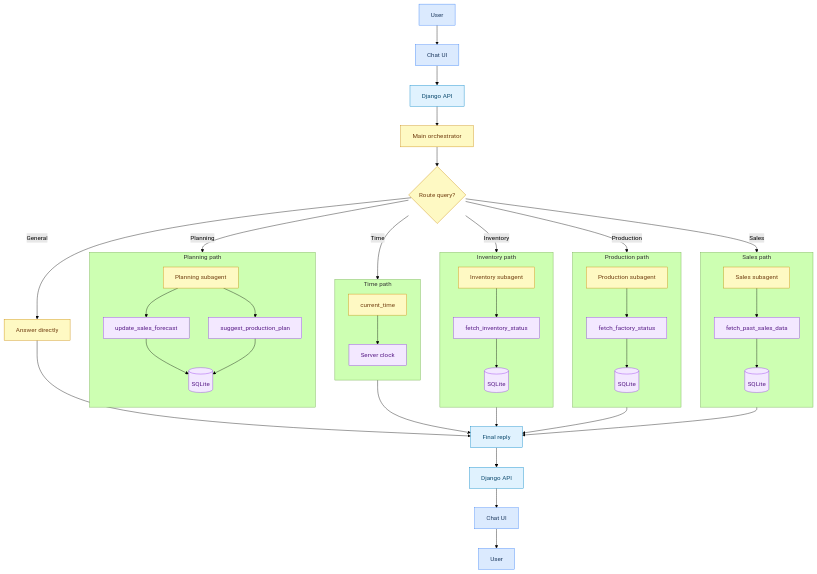
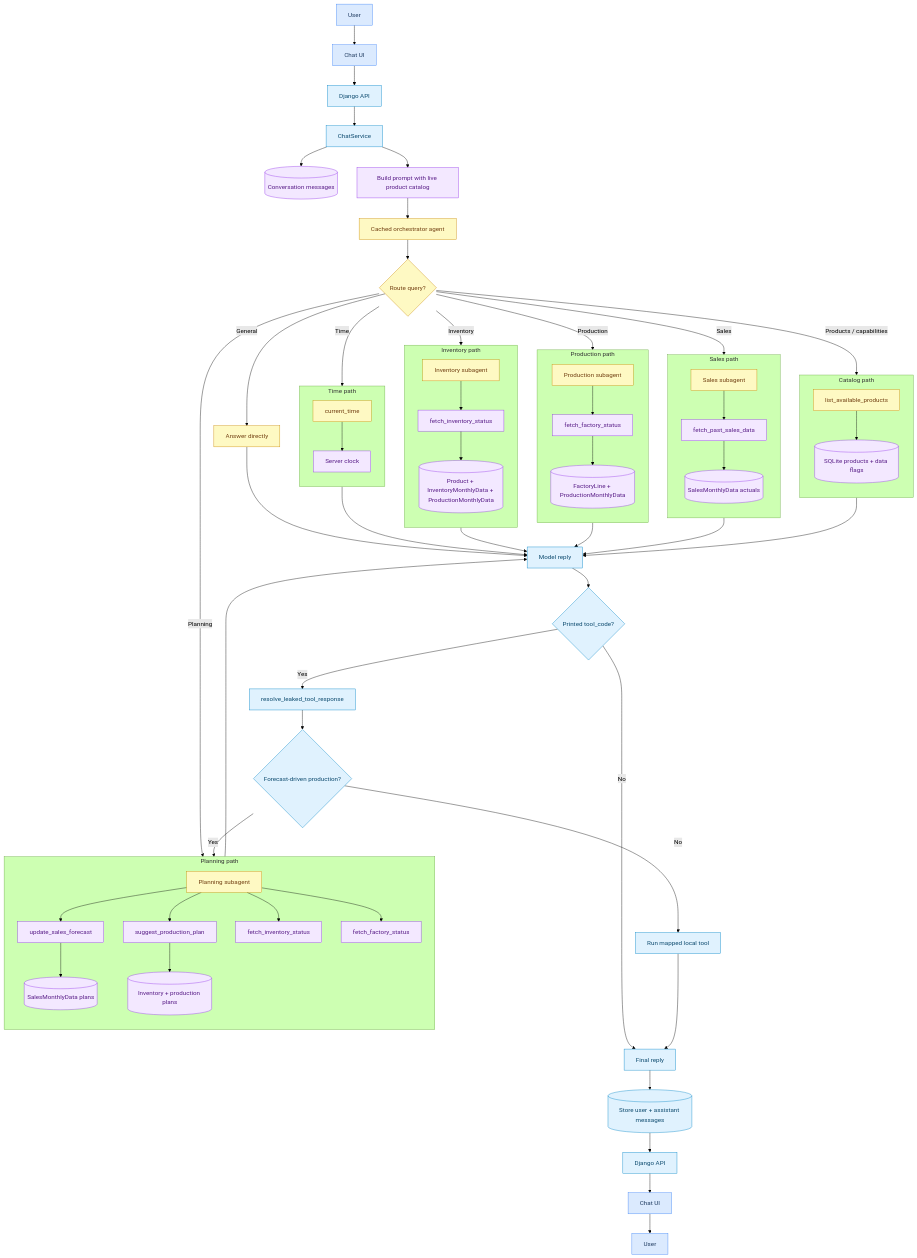
One commit to kskdmn/strands-test changed the diagram in README.md. Above: the diagram before and after it, drawn with Mermaid (forest theme). The commit also changed other lines of this file and 13 other files, not shown here.

Commit message:
Update planning subagent

````diff
--- a/README.md
+++ b/README.md
@@ -18,30 +21,40 @@
 flowchart TB
     User[User] --> UI[Chat UI]
     UI --> API[Django API]
-    API --> Orch[Main orchestrator]
+    API --> Service[ChatService]
+    Service --> History[(Conversation messages)]
+    Service --> Prompt[Build prompt with live product catalog]
+    Prompt --> Orch[Cached orchestrator agent]
     Orch --> Route{Route query?}
 
     Route -->|General| Direct[Answer directly]
 
+    subgraph CatalogPath["Catalog path"]
+        direction TB
+        CP[list_available_products] --> CDB[(SQLite products + data flags)]
+    end
+
     subgraph SalesPath["Sales path"]
         direction TB
-        SA[Sales subagent] --> ST[fetch_past_sales_data] --> SDB[(SQLite)]
+        SA[Sales subagent] --> ST[fetch_past_sales_data] --> SDB[(SalesMonthlyData actuals)]
     end
 
     subgraph ProdPath["Production path"]
         direction TB
-        PA[Production subagent] --> PT[fetch_factory_status] --> PDB[(SQLite)]
+        PA[Production subagent] --> PT[fetch_factory_status] --> PDB[(FactoryLine + ProductionMonthlyData)]
     end
 
     subgraph InvPath["Inventory path"]
         direction TB
-        IA[Inventory subagent] --> IT[fetch_inventory_status] --> IDB[(SQLite)]
+        IA[Inventory subagent] --> IT[fetch_inventory_status] --> IDB[(Product + InventoryMonthlyData + ProductionMonthlyData)]
     end
 
     subgraph PlanPath["Planning path"]
         direction TB
-        PLA[Planning subagent] --> UF[update_sales_forecast] --> FDB[(SQLite)]
-        PLA --> SP[suggest_production_plan] --> FDB
+        PLA[Planning subagent] --> UF[update_sales_forecast] --> FDB[(SalesMonthlyData plans)]
+        PLA --> SP[suggest_production_plan] --> PDB2[(Inventory + production plans)]
+        PLA --> PI[fetch_inventory_status]
+        PLA --> PF[fetch_factory_status]
     end
 
     subgraph TimePath["Time path"]
@@ -49,19 +62,31 @@
         CT[current_time] --> Clock[Server clock]
     end
 
+    Route -->|Products / capabilities| CP
     Route -->|Sales| SA
     Route -->|Production| PA
     Route -->|Inventory| IA
     Route -->|Planning| PLA
     Route -->|Time| CT
 
-    Direct --> Reply[Final reply]
-    SA --> Reply
-    PA --> Reply
-    IA --> Reply
-    CT --> Reply
+    Direct --> Raw[Model reply]
+    CP --> Raw
+    SA --> Raw
+    PA --> Raw
+    IA --> Raw
+    PLA --> Raw
+    CT --> Raw
 
-    Reply --> RespAPI[Django API]
+    Raw --> Leak{Printed tool_code?}
+    Leak -->|No| Reply[Final reply]
+    Leak -->|Yes| Fallback[resolve_leaked_tool_response]
+    Fallback --> Redirect{Forecast-driven production?}
+    Redirect -->|Yes| PLA
+    Redirect -->|No| FallbackTool[Run mapped local tool]
+    FallbackTool --> Reply
+
+    Reply --> Save[(Store user + assistant messages)]
+    Save --> RespAPI[Django API]
     RespAPI --> RespUI[Chat UI]
     RespUI --> UserOut[User]
 
@@ -71,7 +96,7 @@
     classDef data fill:#f3e8ff,stroke:#9333ea,color:#581c87
 
     class User,UI,RespUI,UserOut client
-    class API,RespAPI,Reply server
-    class Orch,Route,Direct,SA,PA,IA,PLA,CT agent
-    class ST,PT,IT,UF,SP,SDB,PDB,IDB,FDB,Clock data
+    class API,Service,RespAPI,Reply,Raw,Leak,Fallback,Redirect,FallbackTool,Save server
+    class Orch,Route,Direct,SA,PA,IA,PLA,CT,CP agent
+    class ST,PT,IT,UF,SP,PI,PF,SDB,PDB,PDB2,IDB,FDB,CDB,Clock,History,Prompt data
 ```
````
